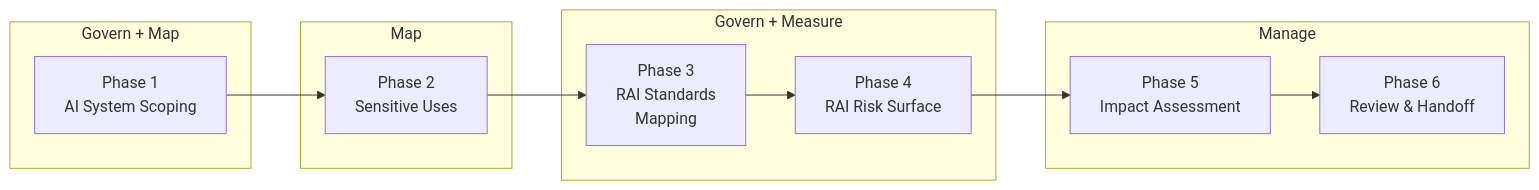
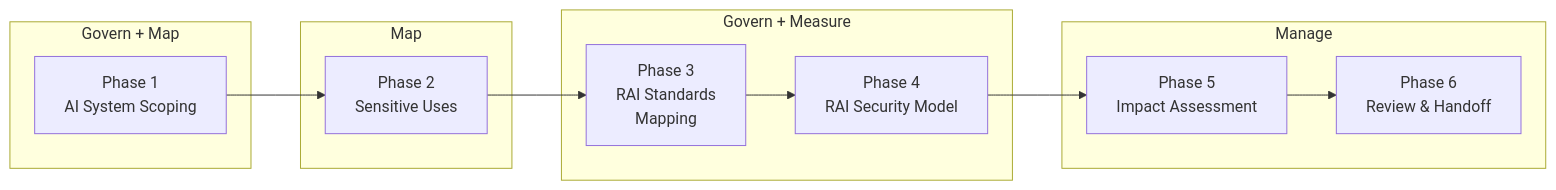
Before and after one commit to microsoft/hve-core: the diagram in docs/agents/rai-planning/README.md, drawn with Mermaid. The commit also changed other lines of this file and 90 other files, not shown here.

First line of the commit message:
feat(agents): add RAI Planner and redesign Security Planner

````diff
--- a/docs/agents/rai-planning/README.md
+++ b/docs/agents/rai-planning/README.md
@@ -41,22 +41,22 @@
 ```mermaid
 flowchart LR
     subgraph govern ["Govern + Map"]
         P1["Phase 1\nAI System Scoping"]
     end
 
     subgraph map ["Map"]
         P2["Phase 2\nSensitive Uses"]
     end
 
     subgraph measure ["Govern + Measure"]
         P3["Phase 3\nRAI Standards\nMapping"]
-        P4["Phase 4\nRAI Risk Surface"]
+        P4["Phase 4\nRAI Security Model"]
     end
 
     subgraph manage ["Manage"]
         P5["Phase 5\nImpact Assessment"]
         P6["Phase 6\nReview & Handoff"]
     end
 
     P1 --> P2 --> P3 --> P4 --> P5 --> P6
 ```
````
